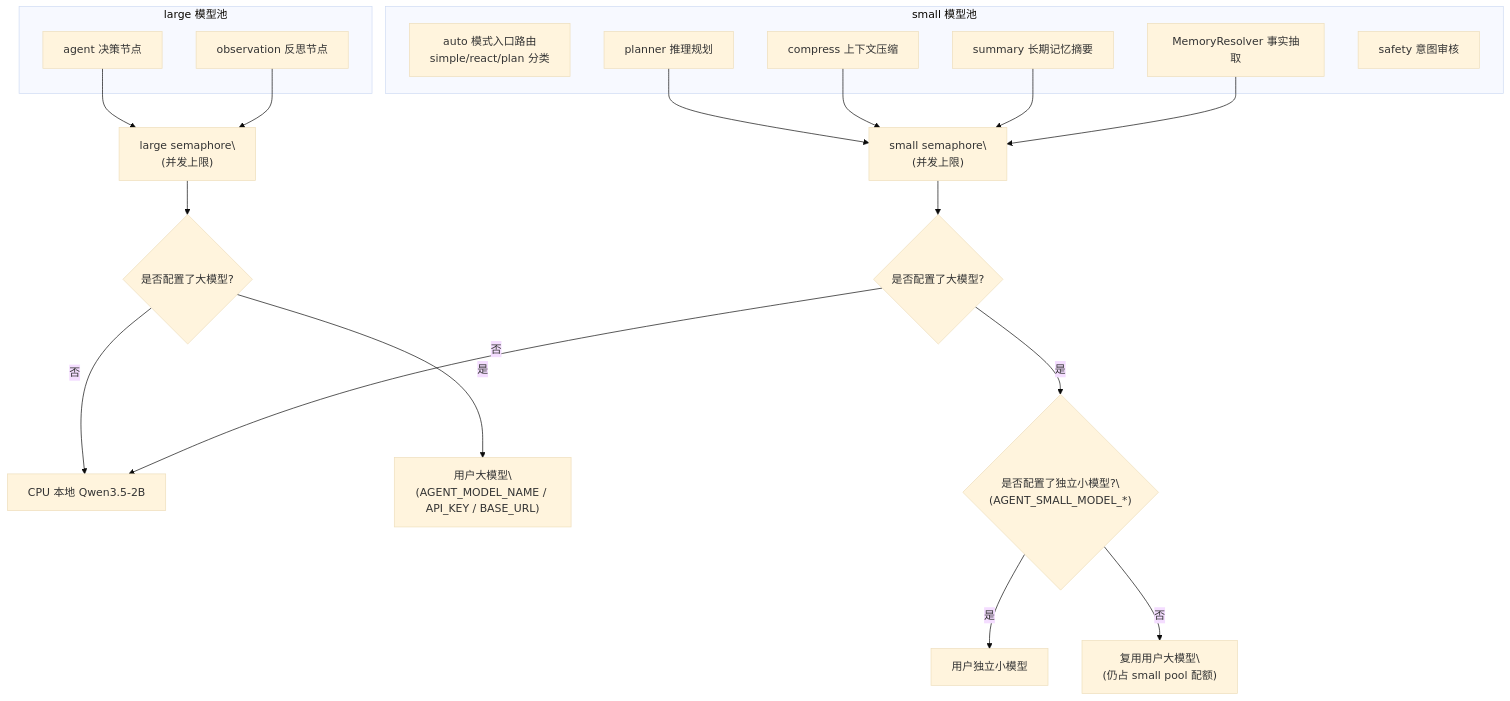
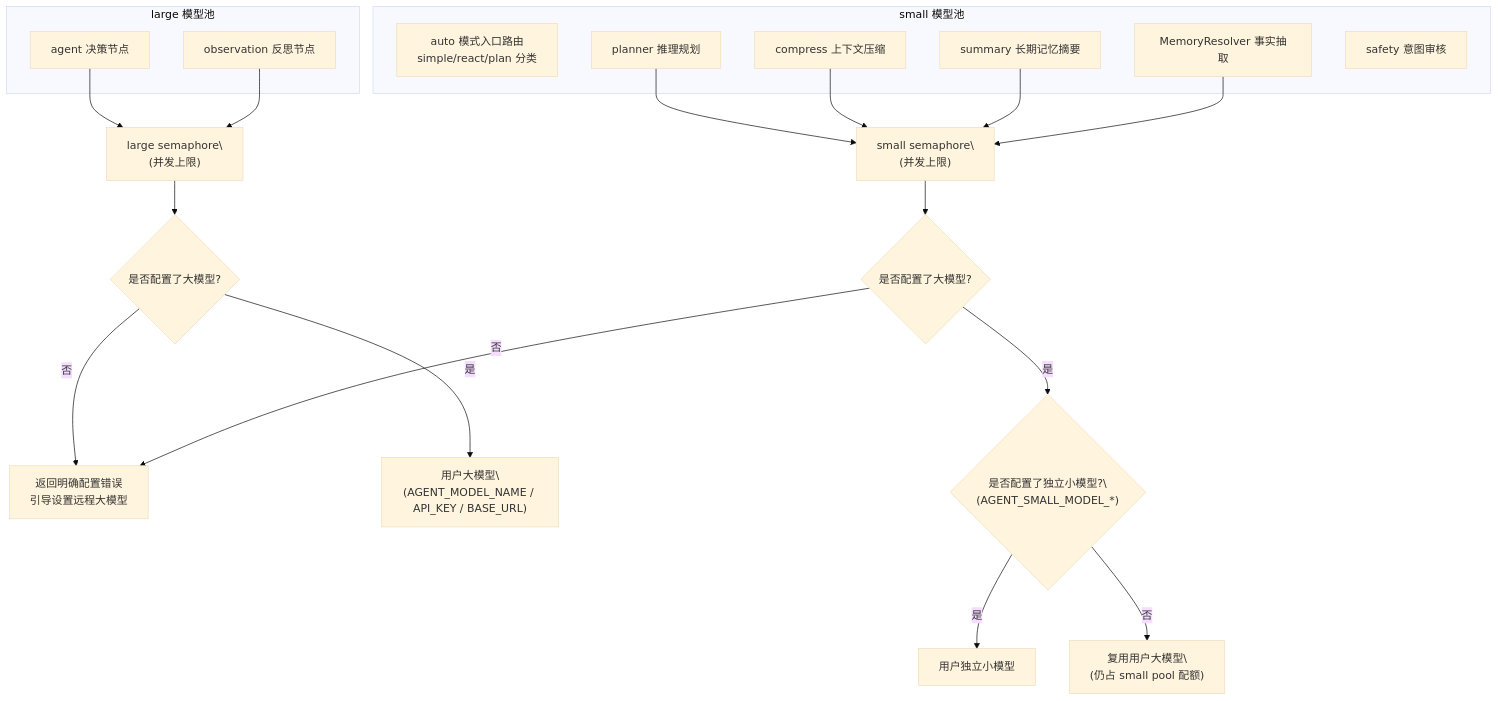
Diagram 14 of 25 in docs/WORKFLOW.md (xiao-Huahuo/MetaWeave), drawn with Mermaid (base theme) before and after one commit. The commit also changed other lines of this file and 131 other files, not shown here.

````diff
--- a/docs/WORKFLOW.md
+++ b/docs/WORKFLOW.md
@@ -288,32 +288,32 @@
 ```mermaid
 flowchart TD
     subgraph large_pool["large 模型池"]
         L1["agent 决策节点"]
         L2["observation 反思节点"]
     end
 
     subgraph small_pool["small 模型池"]
         S0["auto 模式入口路由<br/>simple/react/plan 分类"]
         S1["planner 推理规划"]
         S2["compress 上下文压缩"]
         S3["summary 长期记忆摘要"]
         S4["MemoryResolver 事实抽取"]
         S5["safety 意图审核"]
     end
 
     L1 --> LA["large semaphore\\n(并发上限)"]
     L2 --> LA
     S1 --> SA["small semaphore\\n(并发上限)"]
     S2 --> SA
     S3 --> SA
     S4 --> SA
 
     LA --> C1{"是否配置了大模型?"}
-    C1 -->|"否"| LQ["CPU 本地 Qwen3.5-2B"]
+    C1 -->|"否"| ERR["返回明确配置错误<br/>引导设置远程大模型"]
     C1 -->|"是"| ML["用户大模型\\n(AGENT_MODEL_NAME / API_KEY / BASE_URL)"]
     SA --> C2{"是否配置了大模型?"}
-    C2 -->|"否"| LQ
+    C2 -->|"否"| ERR
     C2 -->|"是"| M2{"是否配置了独立小模型?\\n(AGENT_SMALL_MODEL_*)"}
     M2 -->|"是"| ML2["用户独立小模型"]
     M2 -->|"否"| MF2["复用用户大模型\\n(仍占 small pool 配额)"]
 ```
````
